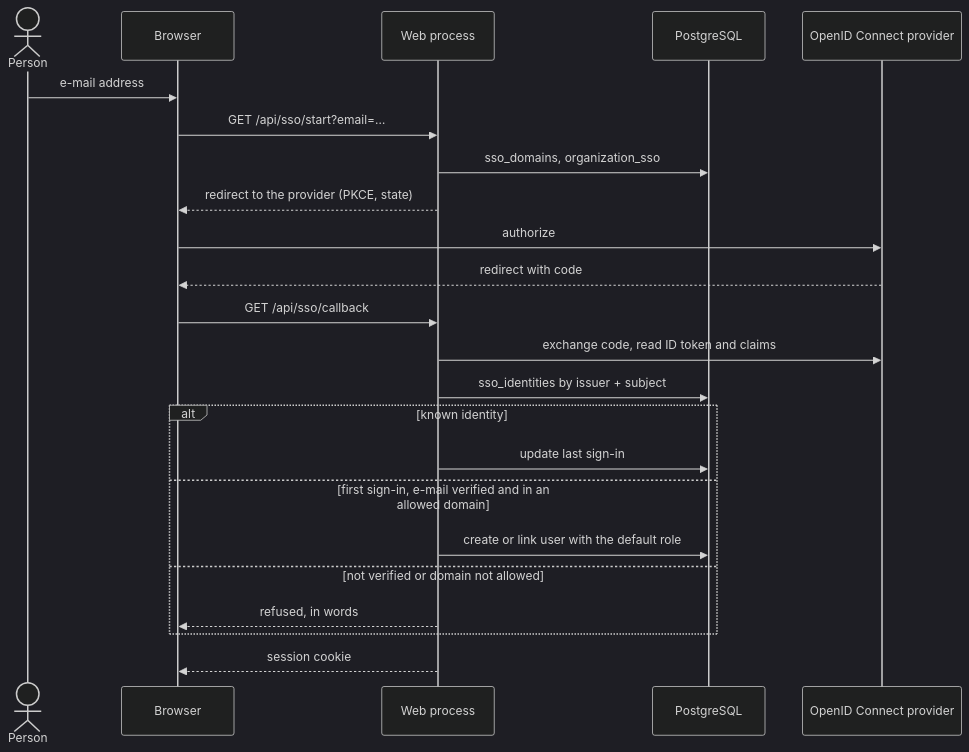
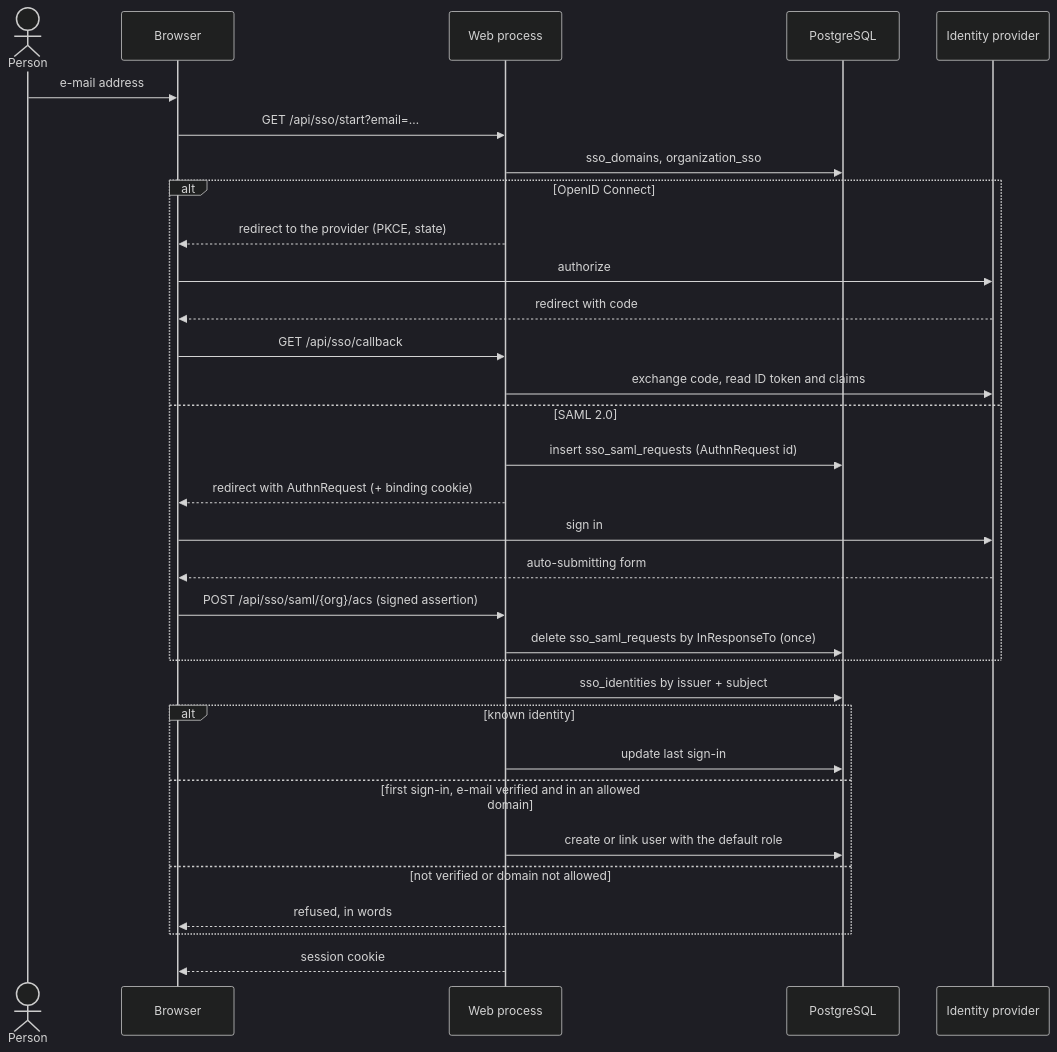
Before and after one commit to Markg981/WebFlowMaster: the second of 9 diagrams in docs/en/internals/sequences.md, drawn with Mermaid (dark theme). The commit also changed 35 other files, not shown here.

First line of the commit message:
feat(sso): SAML 2.0 single sign-on alongside OpenID Connect

````diff
--- a/docs/en/internals/sequences.md
+++ b/docs/en/internals/sequences.md
@@ -41,25 +41,34 @@
 ```mermaid
 sequenceDiagram
   actor U as Person
   participant B as Browser
   participant W as Web process
   participant DB as PostgreSQL
-  participant IDP as OpenID Connect provider
+  participant IDP as Identity provider
   U->>B: e-mail address
   B->>W: GET /api/sso/start?email=…
   W->>DB: sso_domains, organization_sso
-  W-->>B: redirect to the provider (PKCE, state)
-  B->>IDP: authorize
-  IDP-->>B: redirect with code
-  B->>W: GET /api/sso/callback
-  W->>IDP: exchange code, read ID token and claims
+  alt OpenID Connect
+    W-->>B: redirect to the provider (PKCE, state)
+    B->>IDP: authorize
+    IDP-->>B: redirect with code
+    B->>W: GET /api/sso/callback
+    W->>IDP: exchange code, read ID token and claims
+  else SAML 2.0
+    W->>DB: insert sso_saml_requests (AuthnRequest id)
+    W-->>B: redirect with AuthnRequest (+ binding cookie)
+    B->>IDP: sign in
+    IDP-->>B: auto-submitting form
+    B->>W: POST /api/sso/saml/{org}/acs (signed assertion)
+    W->>DB: delete sso_saml_requests by InResponseTo (once)
+  end
   W->>DB: sso_identities by issuer + subject
   alt known identity
     W->>DB: update last sign-in
   else first sign-in, e-mail verified and in an allowed domain
     W->>DB: create or link user with the default role
   else not verified or domain not allowed
     W-->>B: refused, in words
   end
   W-->>B: session cookie
 ```
````
